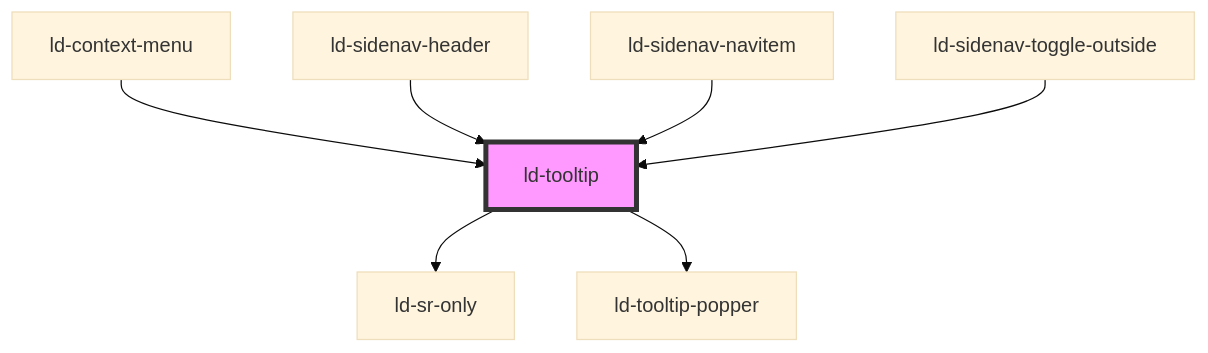
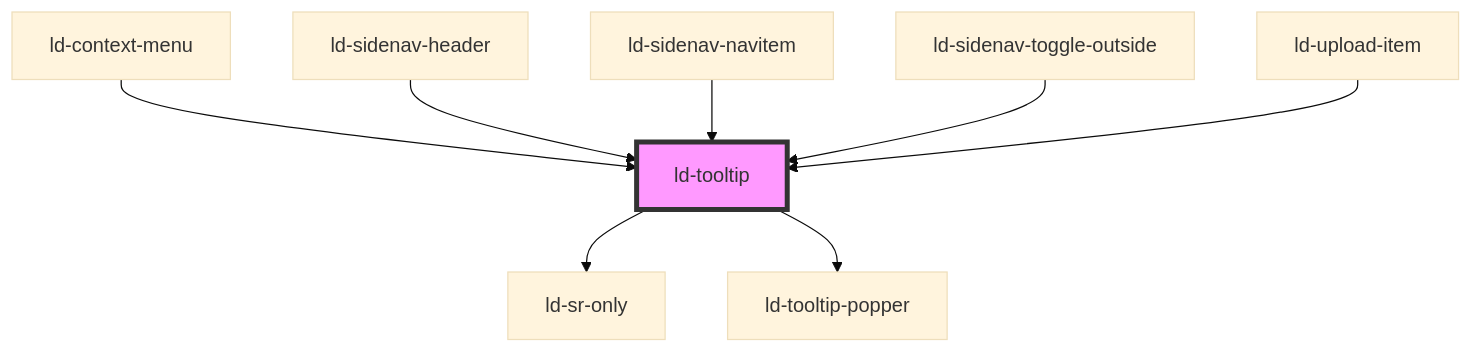
The diagram in src/liquid/components/ld-tooltip/readme.md (emdgroup-liquid/liquid), drawn with Mermaid (base theme) before and after one commit. The commit also changed other lines of this file and 18 other files, not shown here.

````diff
--- a/src/liquid/components/ld-tooltip/readme.md
+++ b/src/liquid/components/ld-tooltip/readme.md
@@ -504,10 +505,11 @@
 ```mermaid
 graph TD;
   ld-tooltip --> ld-sr-only
   ld-tooltip --> ld-tooltip-popper
   ld-context-menu --> ld-tooltip
   ld-sidenav-header --> ld-tooltip
   ld-sidenav-navitem --> ld-tooltip
   ld-sidenav-toggle-outside --> ld-tooltip
+  ld-upload-item --> ld-tooltip
   style ld-tooltip fill:#f9f,stroke:#333,stroke-width:4px
 ```
````
